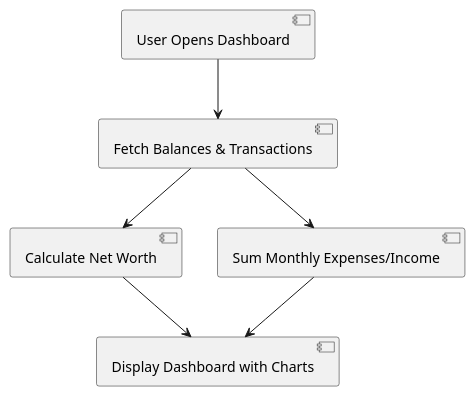
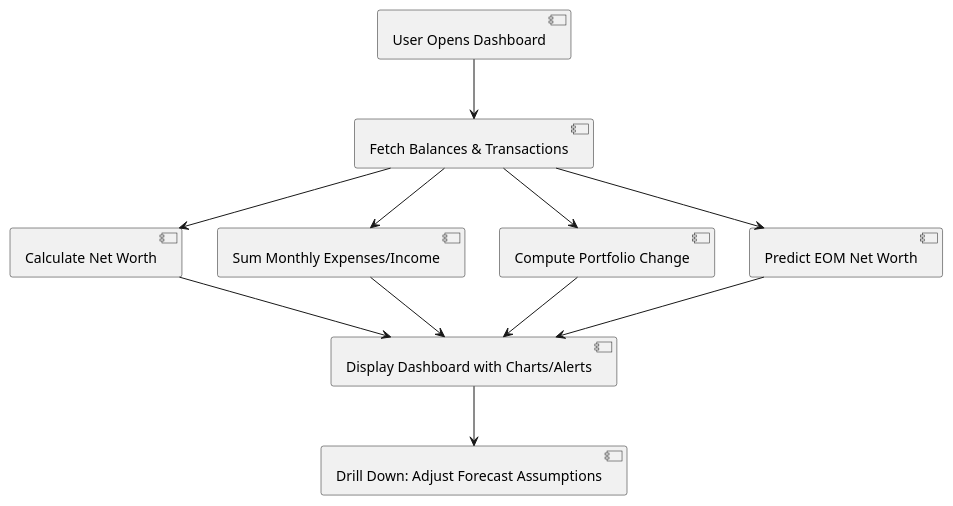
The second of 3 diagrams in docs/product-requirements.md (Osguima3/welz), drawn with PlantUML before and after one commit. The commit also changed other lines of this file and 6 other files, not shown here.

````diff
--- a/docs/product-requirements.md
+++ b/docs/product-requirements.md
@@ -126,9 +131,14 @@
 ```plantuml
 @startuml
 [User Opens Dashboard] --> [Fetch Balances & Transactions]
 [Fetch Balances & Transactions] --> [Calculate Net Worth]
 [Fetch Balances & Transactions] --> [Sum Monthly Expenses/Income]
-[Calculate Net Worth] --> [Display Dashboard with Charts]
-[Sum Monthly Expenses/Income] --> [Display Dashboard with Charts]
+[Fetch Balances & Transactions] --> [Compute Portfolio Change]
+[Fetch Balances & Transactions] --> [Predict EOM Net Worth]
+[Calculate Net Worth] --> [Display Dashboard with Charts/Alerts]
+[Sum Monthly Expenses/Income] --> [Display Dashboard with Charts/Alerts]
+[Compute Portfolio Change] --> [Display Dashboard with Charts/Alerts]
+[Predict EOM Net Worth] --> [Display Dashboard with Charts/Alerts]
+[Display Dashboard with Charts/Alerts] --> [Drill Down: Adjust Forecast Assumptions]
 @enduml
 ```  
````
